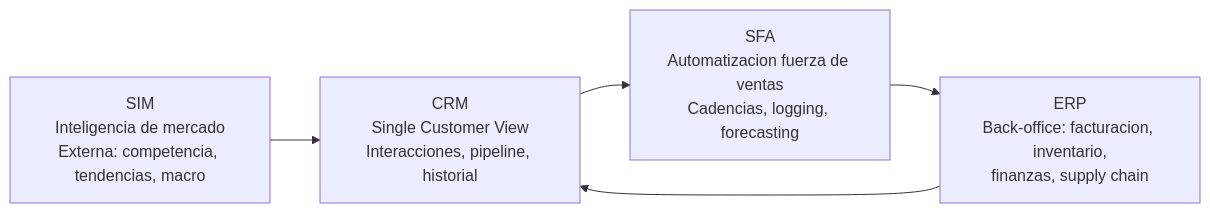
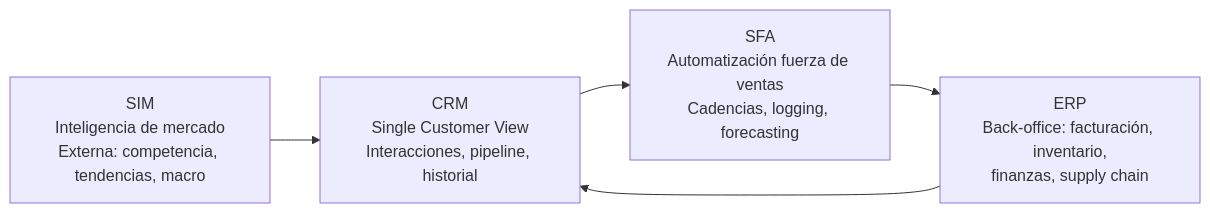
One commit to Mateo-404/AGI changed the diagram in contenido/gestion-ventas/lecciones/l7-1.md. Above: the diagram before and after it, drawn with Mermaid. The commit also changed other lines of this file and 51 other files, not shown here.

First line of the commit message:
gestion-ventas: fix mermaid diagrams, referencias format, and interactive blocks

````diff
--- a/contenido/gestion-ventas/lecciones/l7-1.md
+++ b/contenido/gestion-ventas/lecciones/l7-1.md
@@ -22,7 +22,7 @@
 ```mermaid Ecosistema de datos: SIM → CRM → SFA → ERP
 flowchart LR
   SIM[SIM<br/>Inteligencia de mercado<br/>Externa: competencia, tendencias, macro] --> CRM
   CRM[CRM<br/>Single Customer View<br/>Interacciones, pipeline, historial] --> SFA
-  SFA[SFA<br/>Automatizacion fuerza de ventas<br/>Cadencias, logging, forecasting] --> ERP
-  ERP[ERP<br/>Back-office: facturacion, inventario,<br/>finanzas, supply chain] --> CRM
+  SFA[SFA<br/>Automatización fuerza de ventas<br/>Cadencias, logging, forecasting] --> ERP
+  ERP[ERP<br/>Back-office: facturación, inventario,<br/>finanzas, supply chain] --> CRM
 ```
````
